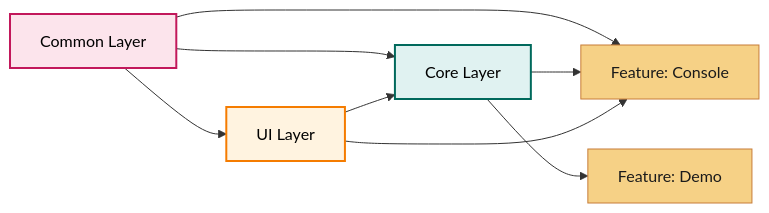
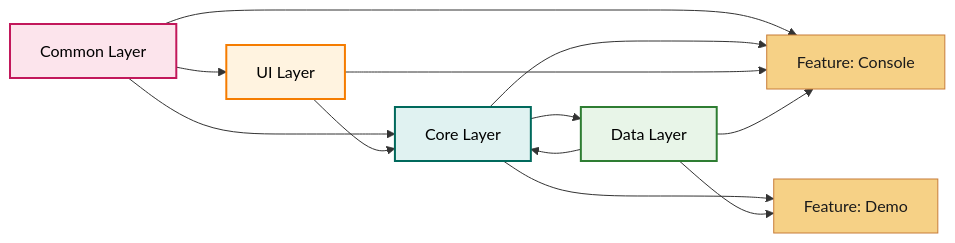
Before and after one commit to hhumbetovv/fullstack-template: the fourth of 4 diagrams in flutter/module_graph.md, drawn with Mermaid. The commit also changed other lines of this file and 9 other files, not shown here.

````diff
--- a/flutter/module_graph.md
+++ b/flutter/module_graph.md
@@ -163,25 +196,32 @@
 ```mermaid
 graph LR
     group_Core_Layer["Core Layer"]
     class group_Core_Layer core
     group_Common_Layer["Common Layer"]
     class group_Common_Layer common
     group_UI_Layer["UI Layer"]
     class group_UI_Layer ui
+    group_Data_Layer["Data Layer"]
+    class group_Data_Layer data
     group_Feature__Console["Feature: Console"]
     class group_Feature__Console feature
     group_Feature__Demo["Feature: Demo"]
     class group_Feature__Demo feature
     group_Common_Layer --> group_Core_Layer
+    group_Core_Layer --> group_Data_Layer
     group_UI_Layer --> group_Core_Layer
+    group_Data_Layer --> group_Core_Layer
     group_Common_Layer --> group_UI_Layer
     group_Common_Layer --> group_Feature__Console
     group_Core_Layer --> group_Feature__Console
     group_UI_Layer --> group_Feature__Console
+    group_Data_Layer --> group_Feature__Console
     group_Core_Layer --> group_Feature__Demo
+    group_Data_Layer --> group_Feature__Demo
 
+    classDef data fill:#e8f5e8,stroke:#2e7d32,stroke-width:2px,color:#000000;
     classDef ui fill:#fff3e0,stroke:#f57c00,stroke-width:2px,color:#000000;
     classDef common fill:#fce4ec,stroke:#c2185b,stroke-width:2px,color:#000000;
     classDef core fill:#e0f2f1,stroke:#00695c,stroke-width:2px,color:#000000;
     classDef feature fill:#f6d186,stroke:#c77d39,color:#1b1b1b;
 ```
````
